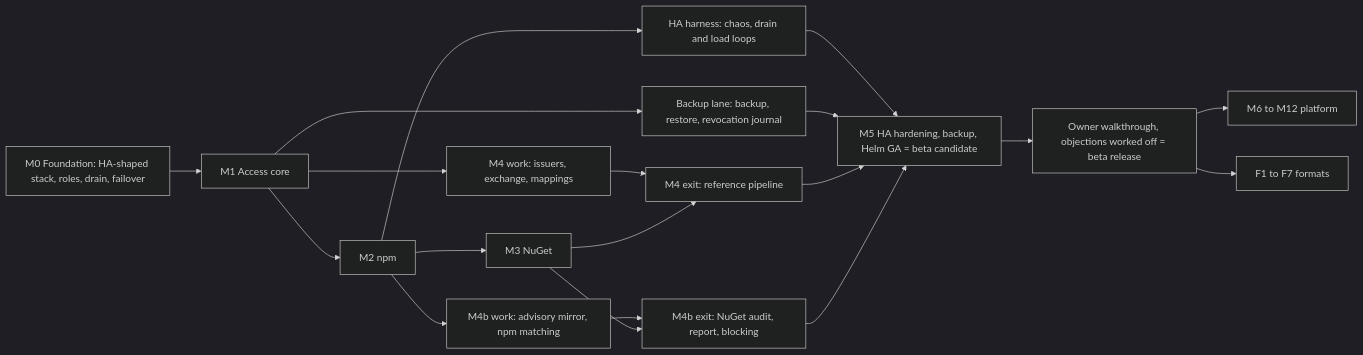
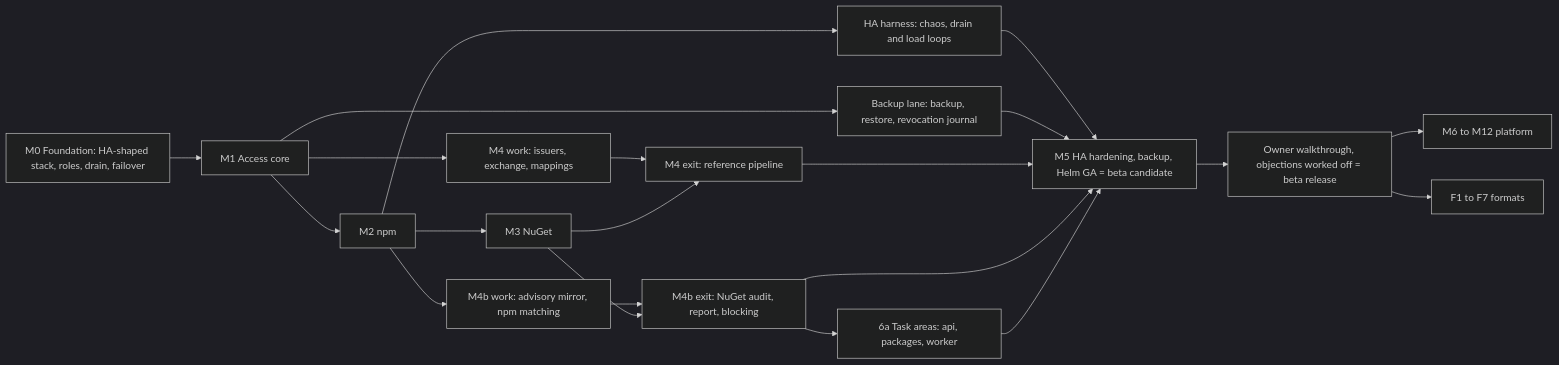
One commit to guided-traffic/trove changed the diagram in docs/coverage/roadmap.md. Above: the diagram before and after it, drawn with Mermaid (dark theme). The commit also changed other lines of this file and 24 other files, not shown here.

First line of the commit message:
docs(spec): the cut into task areas, api, packages and worker, specified (INV-2, R-ARCH-001, R-HA-062, R-HA-064, phase 6a) [skip ci]

````diff
--- a/docs/coverage/roadmap.md
+++ b/docs/coverage/roadmap.md
@@ -150,21 +151,23 @@
 ```mermaid
 flowchart LR
   M0["M0 Foundation: HA-shaped stack, roles, drain, failover"] --> M1["M1 Access core"]
   M1 --> M2["M2 npm"]
   M2 --> M3["M3 NuGet"]
   M1 --> W4["M4 work: issuers, exchange, mappings"]
   W4 --> M4["M4 exit: reference pipeline"]
   M3 --> M4
   M2 --> V4["M4b work: advisory mirror, npm matching"]
   V4 --> V["M4b exit: NuGet audit, report, blocking"]
   M3 --> V
   M1 --> B["Backup lane: backup, restore, revocation journal"]
   M2 --> H["HA harness: chaos, drain and load loops"]
   H --> M5["M5 HA hardening, backup, Helm GA = beta candidate"]
   B --> M5
   M4 --> M5
   V --> M5
+  V --> T6a["6a Task areas: api, packages, worker"]
+  T6a --> M5
   M5 --> R["Owner walkthrough, objections worked off = beta release"]
   R --> P1["M6 to M12 platform"]
   R --> F["F1 to F7 formats"]
 ```
````
